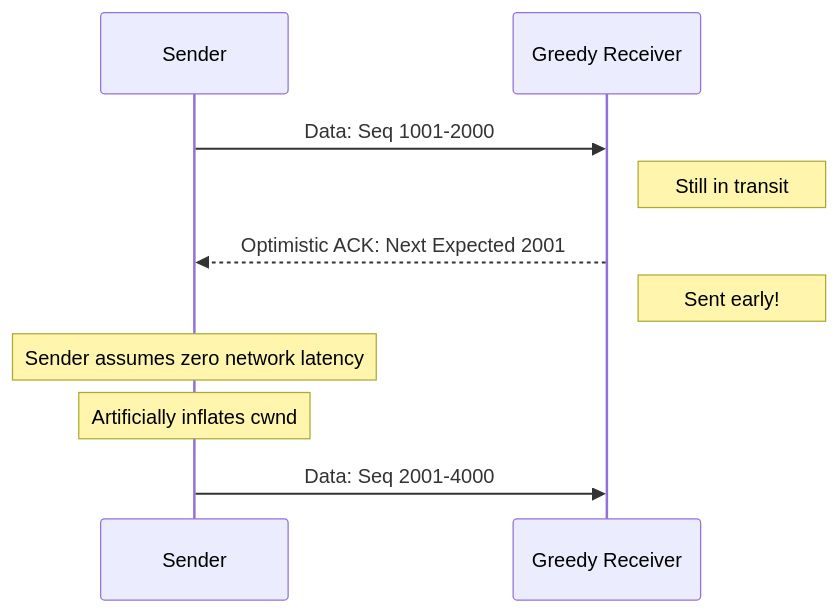
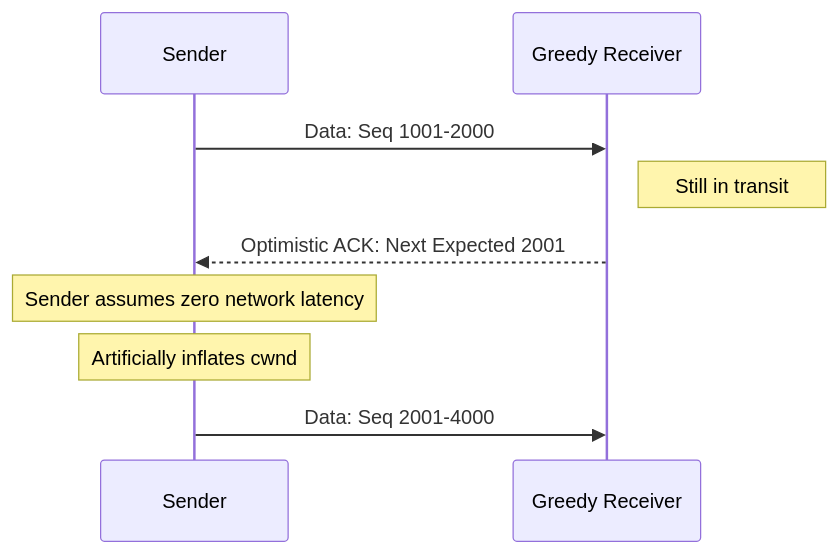
Before and after one commit to Matheus-de-Mello-Vieira/backend-knowledge: the third of 3 diagrams in Networking/02 Protocols/05 TCP.md, drawn with Mermaid. The commit also changed other lines of this file, not shown here.

````diff
--- a/Networking/02 Protocols/05 TCP.md
+++ b/Networking/02 Protocols/05 TCP.md
@@ -193,16 +193,14 @@
 ```mermaid
 sequenceDiagram
     participant Sender
     participant Receiver as Greedy Receiver
 
     Sender->>Receiver: Data: Seq 1001-2000
     Note right of Receiver: Still in transit
 
     Receiver-->>Sender: Optimistic ACK: Next Expected 2001
-    Note right of Receiver: Sent early!
-
     Note over Sender: Sender assumes zero network latency
     Note over Sender: Artificially inflates cwnd
 
     Sender->>Receiver: Data: Seq 2001-4000 
 ```
````
